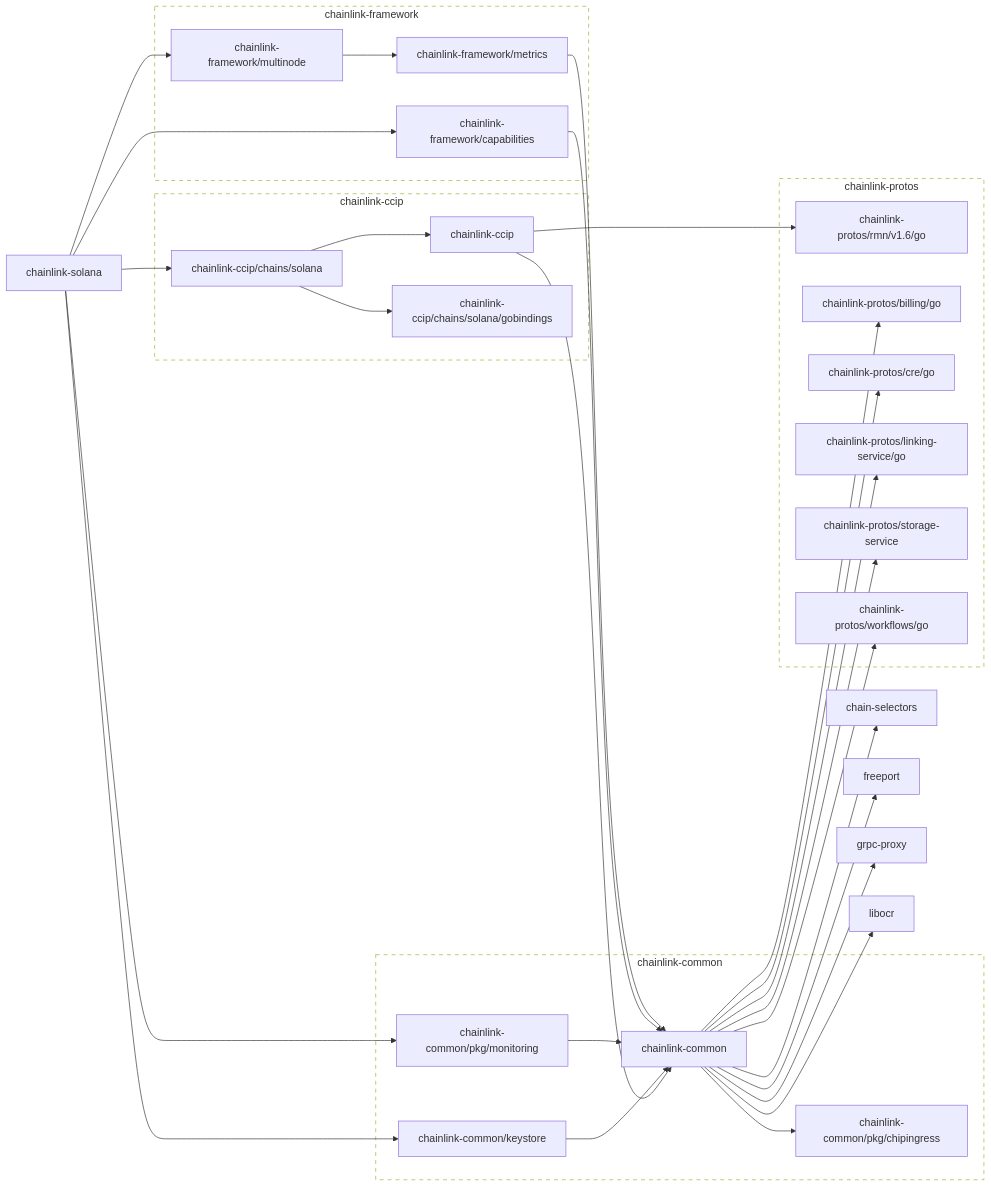
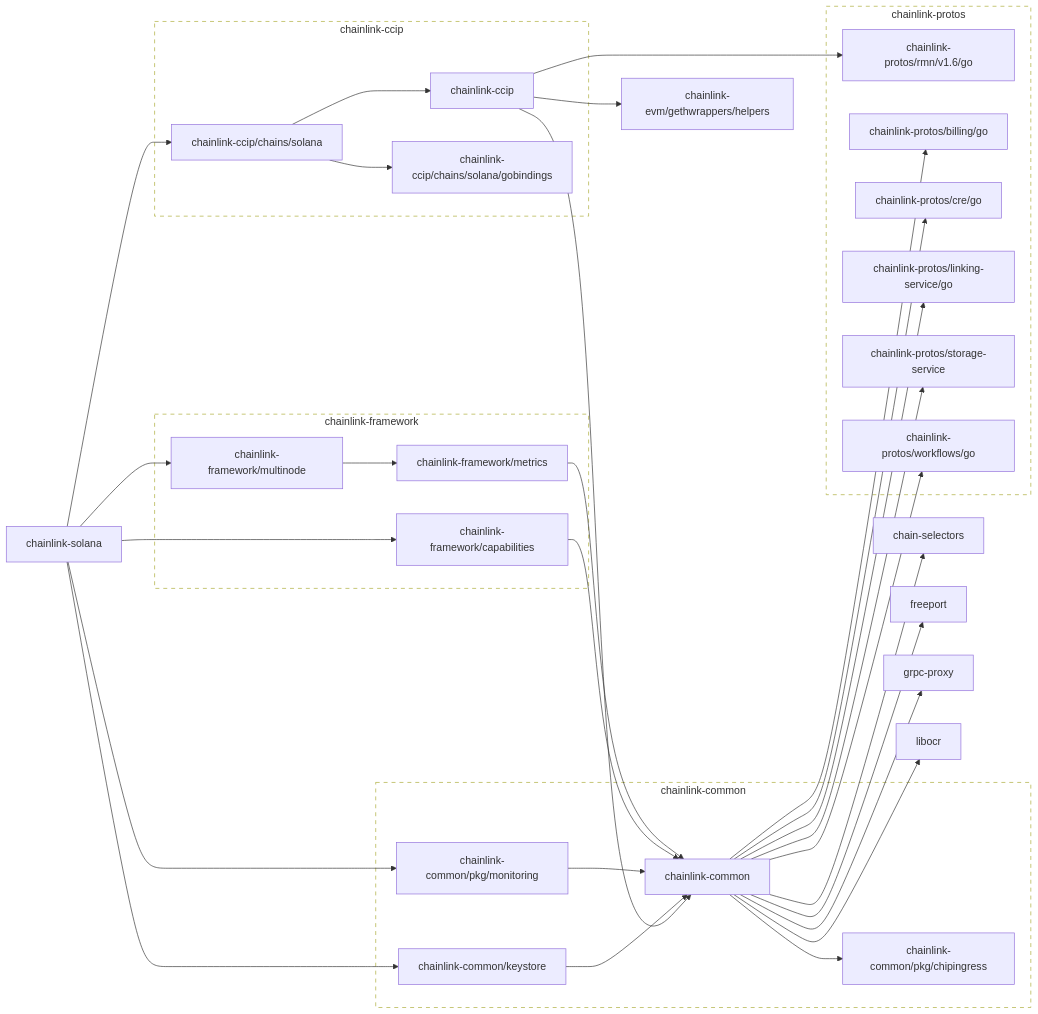
Before and after one commit to smartcontractkit/chainlink-solana: the first of 2 diagrams in go.md, drawn with Mermaid. The commit also changed other lines of this file and 4 other files, not shown here.

```diff
--- a/go.md
+++ b/go.md
@@ -6,6 +6,7 @@
 	chain-selectors
 	click chain-selectors href "https://github.com/smartcontractkit/chain-selectors"
 	chainlink-ccip --> chainlink-common
+	chainlink-ccip --> chainlink-evm/gethwrappers/helpers
 	chainlink-ccip --> chainlink-protos/rmn/v1.6/go
 	click chainlink-ccip href "https://github.com/smartcontractkit/chainlink-ccip"
 	chainlink-ccip/chains/solana --> chainlink-ccip
@@ -30,6 +31,8 @@
 	click chainlink-common/pkg/chipingress href "https://github.com/smartcontractkit/chainlink-common"
 	chainlink-common/pkg/monitoring --> chainlink-common
 	click chainlink-common/pkg/monitoring href "https://github.com/smartcontractkit/chainlink-common"
+	chainlink-evm/gethwrappers/helpers
+	click chainlink-evm/gethwrappers/helpers href "https://github.com/smartcontractkit/chainlink-evm"
 	chainlink-framework/capabilities --> chainlink-common
 	click chainlink-framework/capabilities href "https://github.com/smartcontractkit/chainlink-framework"
 	chainlink-framework/metrics --> chainlink-common
```
